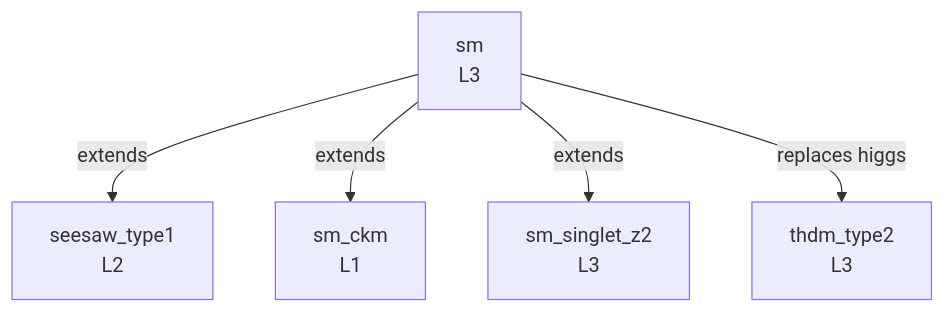
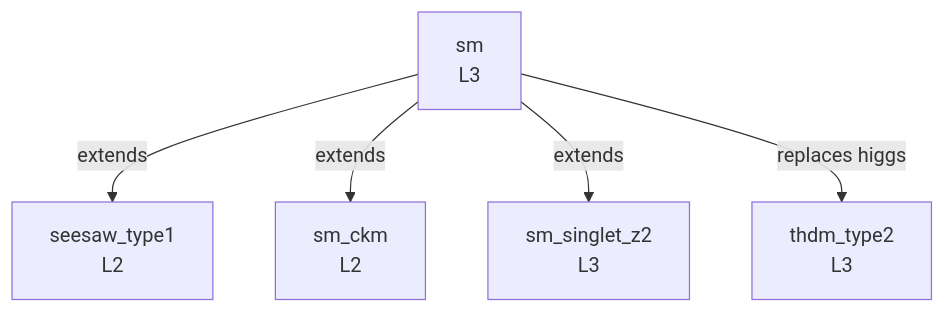
The diagram in GENEALOGY.md (moiseszeleny/feynlag-models), drawn with Mermaid before and after one commit. The commit also changed other lines of this file and 3 other files, not shown here.

````diff
--- a/GENEALOGY.md
+++ b/GENEALOGY.md
@@ -5,12 +5,12 @@
 ```mermaid
 graph TD
     seesaw_type1["seesaw_type1<br/>L2"]
     sm["sm<br/>L3"]
-    sm_ckm["sm_ckm<br/>L1"]
+    sm_ckm["sm_ckm<br/>L2"]
     sm_singlet_z2["sm_singlet_z2<br/>L3"]
     thdm_type2["thdm_type2<br/>L3"]
     sm -->|extends| seesaw_type1
     sm -->|extends| sm_ckm
     sm -->|extends| sm_singlet_z2
     sm -->|replaces higgs| thdm_type2
 ```
````
